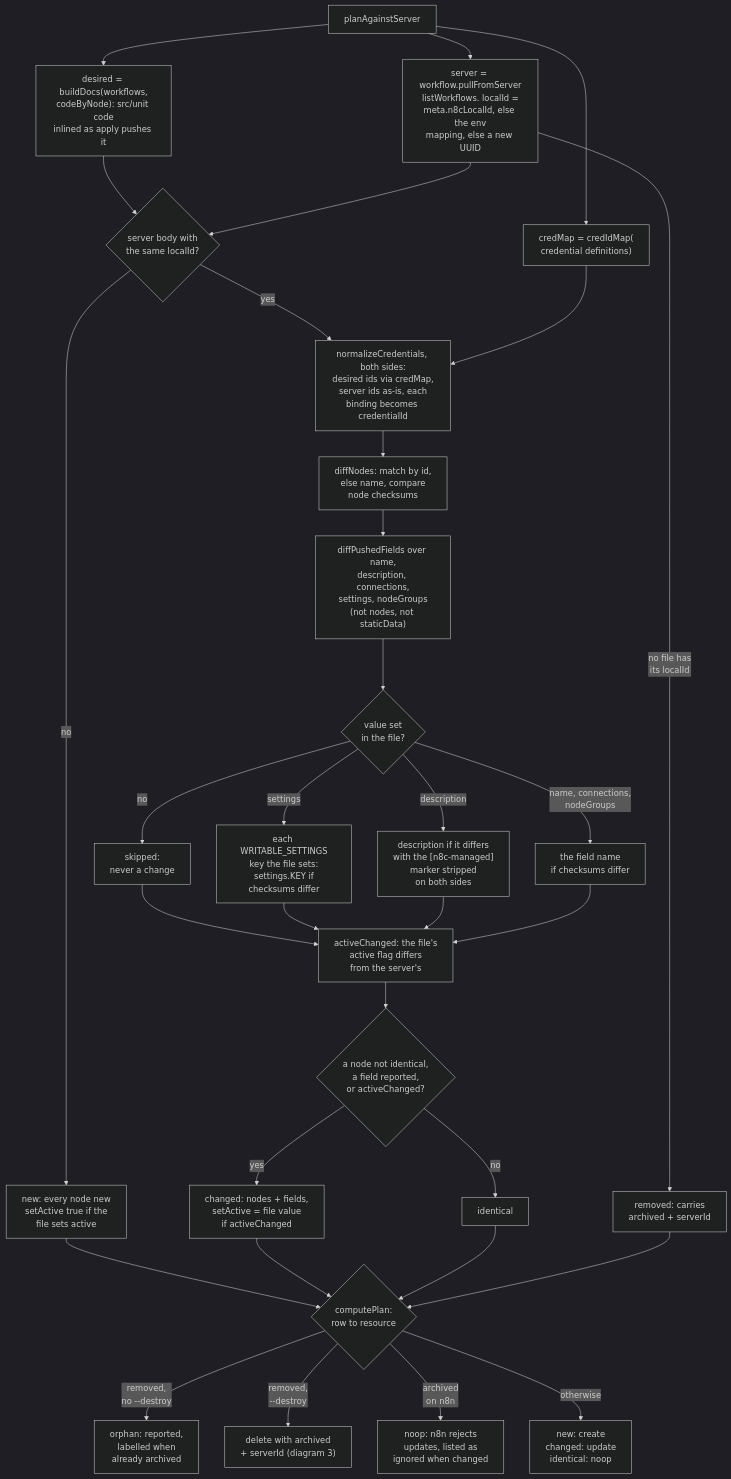
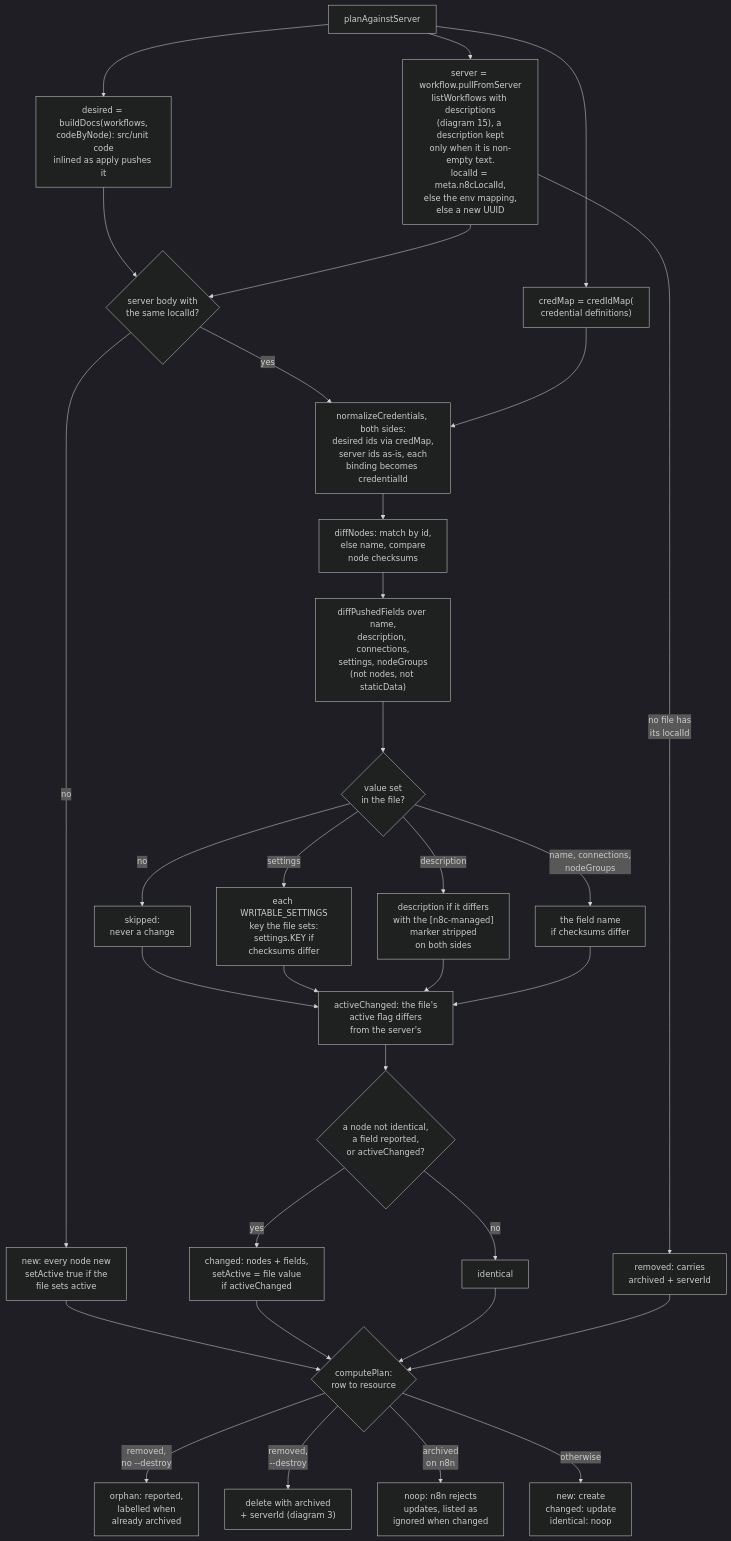
One commit to nullseal/n8c changed the second of 15 diagrams in docs/ARCHITECTURE.md. Above: the diagram before and after it, drawn with Mermaid (dark theme). The commit also changed other lines of this file and 17 other files, not shown here.

````diff
--- a/docs/ARCHITECTURE.md
+++ b/docs/ARCHITECTURE.md
@@ -92,34 +92,34 @@
 ```mermaid
 flowchart TD
     PAS["planAgainstServer"] --> DES["desired = buildDocs(workflows,<br/>codeByNode): src/unit code<br/>inlined as apply pushes it"]
-    PAS --> SRV["server = workflow.pullFromServer<br/>listWorkflows. localId =<br/>meta.n8cLocalId, else the env<br/>mapping, else a new UUID"]
+    PAS --> SRV["server = workflow.pullFromServer<br/>listWorkflows with descriptions<br/>(diagram 15), a description kept<br/>only when it is non-empty text.<br/>localId = meta.n8cLocalId,<br/>else the env mapping,<br/>else a new UUID"]
     PAS --> CM["credMap = credIdMap(<br/>credential definitions)"]
     DES --> HAS{"server body with<br/>the same localId?"}
     SRV --> HAS
     SRV -->|"no file has<br/>its localId"| REM["removed: carries<br/>archived + serverId"]
     HAS -->|"no"| NEW["new: every node new<br/>setActive true if the<br/>file sets active"]
     HAS -->|"yes"| NORM["normalizeCredentials, both sides:<br/>desired ids via credMap,<br/>server ids as-is, each<br/>binding becomes credentialId"]
     CM --> NORM
     NORM --> DN["diffNodes: match by id,<br/>else name, compare<br/>node checksums"]
     DN --> DPF["diffPushedFields over name,<br/>description, connections,<br/>settings, nodeGroups<br/>(not nodes, not staticData)"]
     DPF --> UND{"value set<br/>in the file?"}
     UND -->|"no"| SKIP["skipped:<br/>never a change"]
     UND -->|"settings"| SET["each WRITABLE_SETTINGS<br/>key the file sets:<br/>settings.KEY if<br/>checksums differ"]
     UND -->|"description"| DESC["description if it differs<br/>with the [n8c-managed]<br/>marker stripped<br/>on both sides"]
     UND -->|"name, connections,<br/>nodeGroups"| OTH["the field name<br/>if checksums differ"]
     SKIP --> ACT
     SET --> ACT
     DESC --> ACT
     OTH --> ACT
     ACT["activeChanged: the file's<br/>active flag differs<br/>from the server's"] --> DEC{"a node not identical,<br/>a field reported,<br/>or activeChanged?"}
     DEC -->|"yes"| CHG["changed: nodes + fields,<br/>setActive = file value<br/>if activeChanged"]
     DEC -->|"no"| IDN["identical"]
     NEW --> ROW{"computePlan:<br/>row to resource"}
     CHG --> ROW
     IDN --> ROW
     REM --> ROW
     ROW -->|"removed,<br/>no --destroy"| ORPH["orphan: reported,<br/>labelled when<br/>already archived"]
     ROW -->|"removed,<br/>--destroy"| DEL["delete with archived<br/>+ serverId (diagram 3)"]
     ROW -->|"archived<br/>on n8n"| IGN["noop: n8n rejects<br/>updates, listed as<br/>ignored when changed"]
     ROW -->|"otherwise"| ACTN["new: create<br/>changed: update<br/>identical: noop"]
 ```
````
